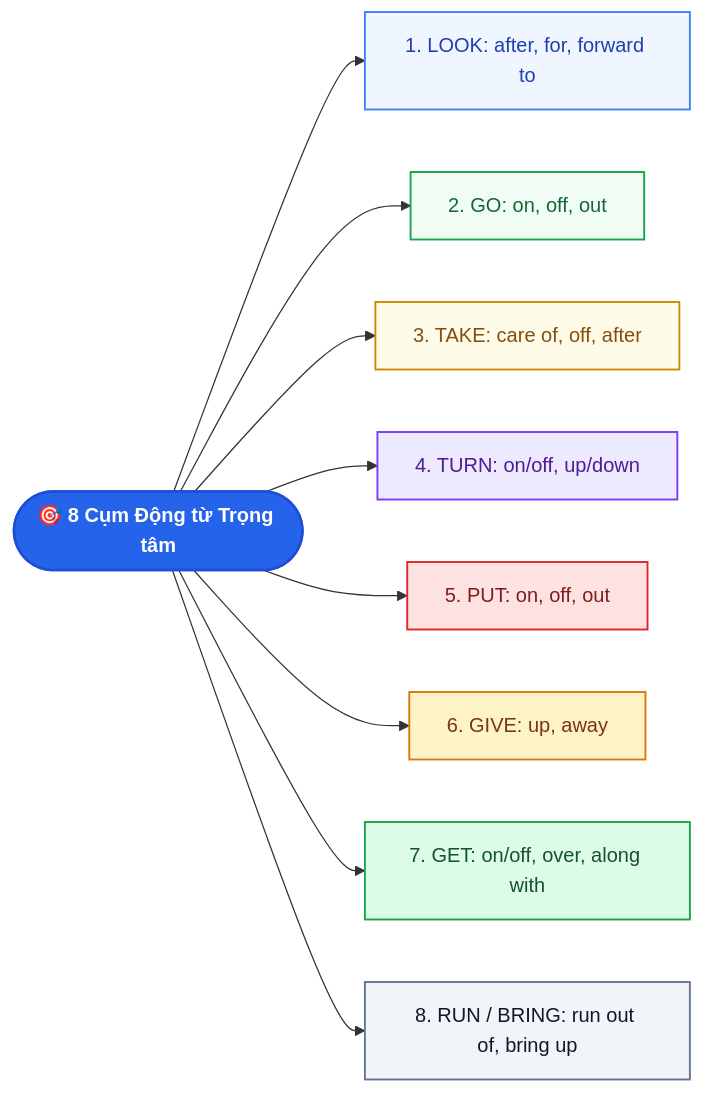
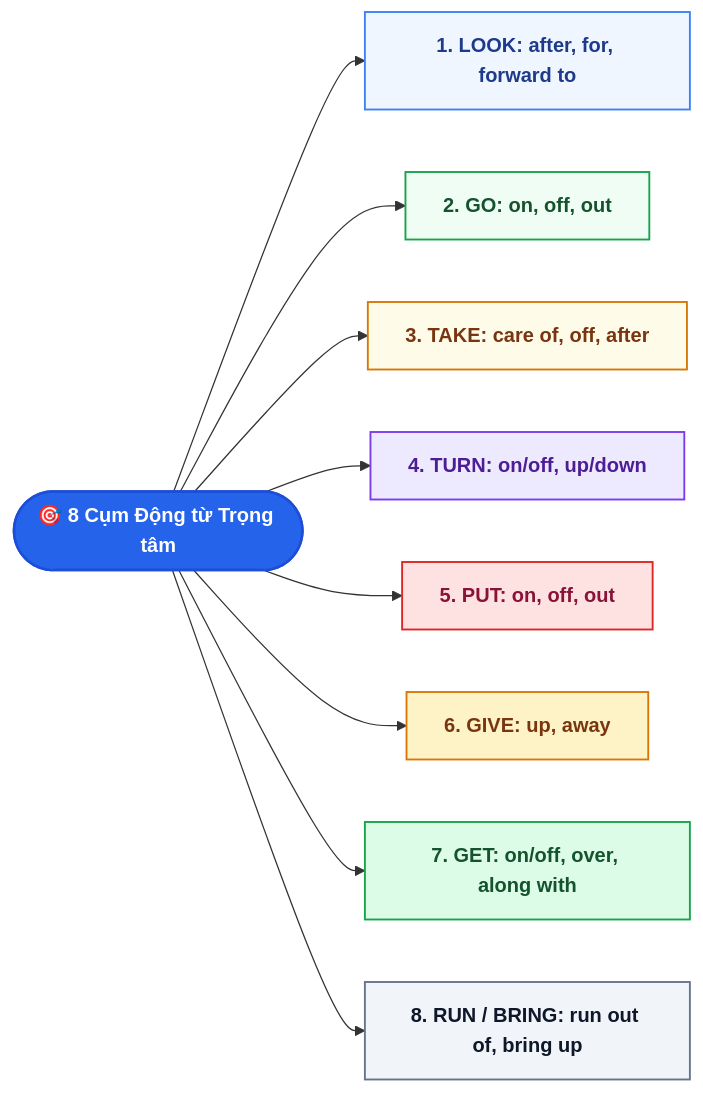
One commit to tuankiet2510/Grade10Entrance changed the diagram in EnglishDocs/docs/lessons/chuyen_de_3_phrasal_verbs_mastery.md. Above: the diagram before and after it, drawn with Mermaid. The commit also changed 14 other files, not shown here.

Commit message:
fix(ui): resolve Mermaid dark/light contrast issue across all English lessons

````diff
--- a/EnglishDocs/docs/lessons/chuyen_de_3_phrasal_verbs_mastery.md
+++ b/EnglishDocs/docs/lessons/chuyen_de_3_phrasal_verbs_mastery.md
@@ -11,21 +11,21 @@
 ```mermaid
 flowchart LR
     A(["🎯 8 Cụm Động từ Trọng tâm"]) --> B["1. LOOK: after, for, forward to"]
     A --> C["2. GO: on, off, out"]
     A --> D["3. TAKE: care of, off, after"]
     A --> E["4. TURN: on/off, up/down"]
     A --> F["5. PUT: on, off, out"]
     A --> G["6. GIVE: up, away"]
     A --> H["7. GET: on/off, over, along with"]
     A --> I["8. RUN / BRING: run out of, bring up"]
     
     style A fill:#2563eb,stroke:#1d4ed8,stroke-width:2px,color:#ffffff,font-weight:bold
-    style B fill:#eff6ff,stroke:#3b82f6,stroke-width:1.5px,color:#1e40af
-    style C fill:#f0fdf4,stroke:#16a34a,stroke-width:1.5px,color:#166534
-    style D fill:#fefce8,stroke:#ca8a04,stroke-width:1.5px,color:#854d0e
-    style E fill:#ede9fe,stroke:#7c3aed,stroke-width:1.5px,color:#4c1d95
-    style F fill:#fee2e2,stroke:#dc2626,stroke-width:1.5px,color:#7f1d1d
-    style G fill:#fef3c7,stroke:#d97706,stroke-width:1.5px,color:#78350f
-    style H fill:#dcfce7,stroke:#16a34a,stroke-width:1.5px,color:#14532d
-    style I fill:#f1f5f9,stroke:#64748b,stroke-width:1.5px,color:#0f172a
+    style B fill:#eff6ff,stroke:#3b82f6,stroke-width:1.5px,color:#1e3a8a,font-weight:bold
+    style C fill:#f0fdf4,stroke:#16a34a,stroke-width:1.5px,color:#14532d,font-weight:bold
+    style D fill:#fefce8,stroke:#d97706,stroke-width:1.5px,color:#78350f,font-weight:bold
+    style E fill:#ede9fe,stroke:#7c3aed,stroke-width:1.5px,color:#4c1d95,font-weight:bold
+    style F fill:#fee2e2,stroke:#dc2626,stroke-width:1.5px,color:#881337,font-weight:bold
+    style G fill:#fef3c7,stroke:#d97706,stroke-width:1.5px,color:#78350f,font-weight:bold
+    style H fill:#dcfce7,stroke:#16a34a,stroke-width:1.5px,color:#14532d,font-weight:bold
+    style I fill:#f1f5f9,stroke:#64748b,stroke-width:1.5px,color:#0f172a,font-weight:bold
 ```
````
